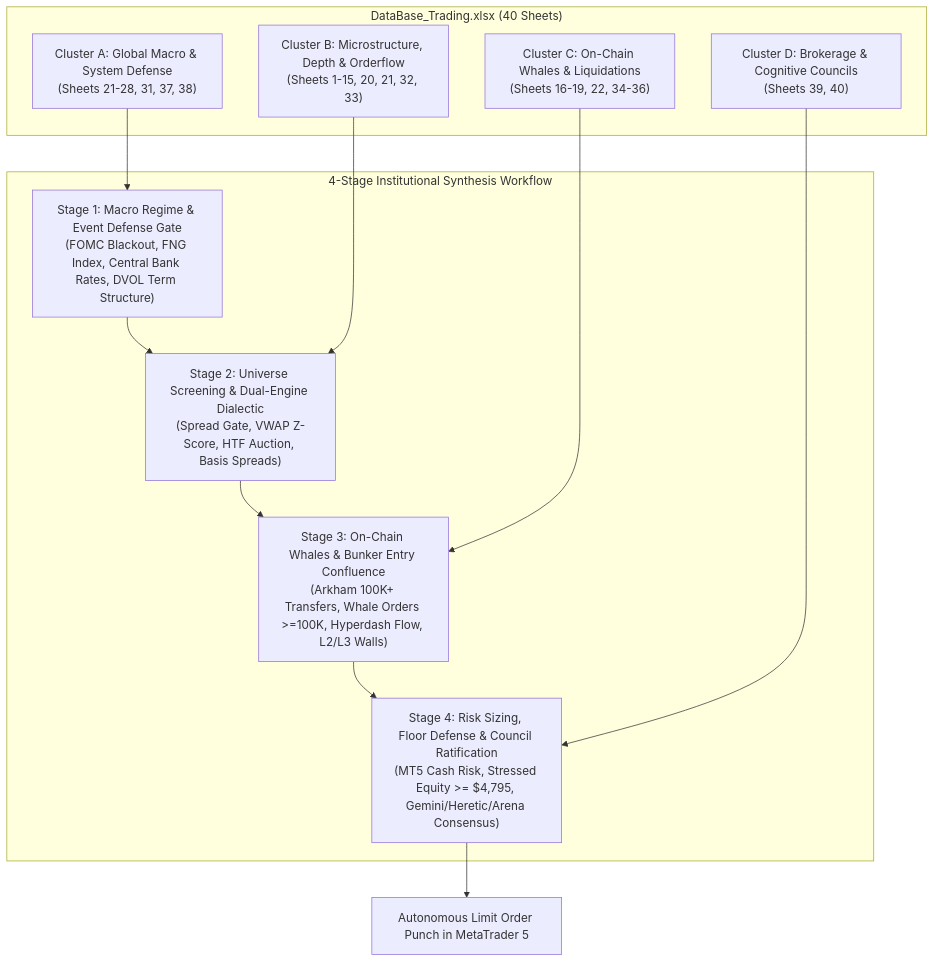
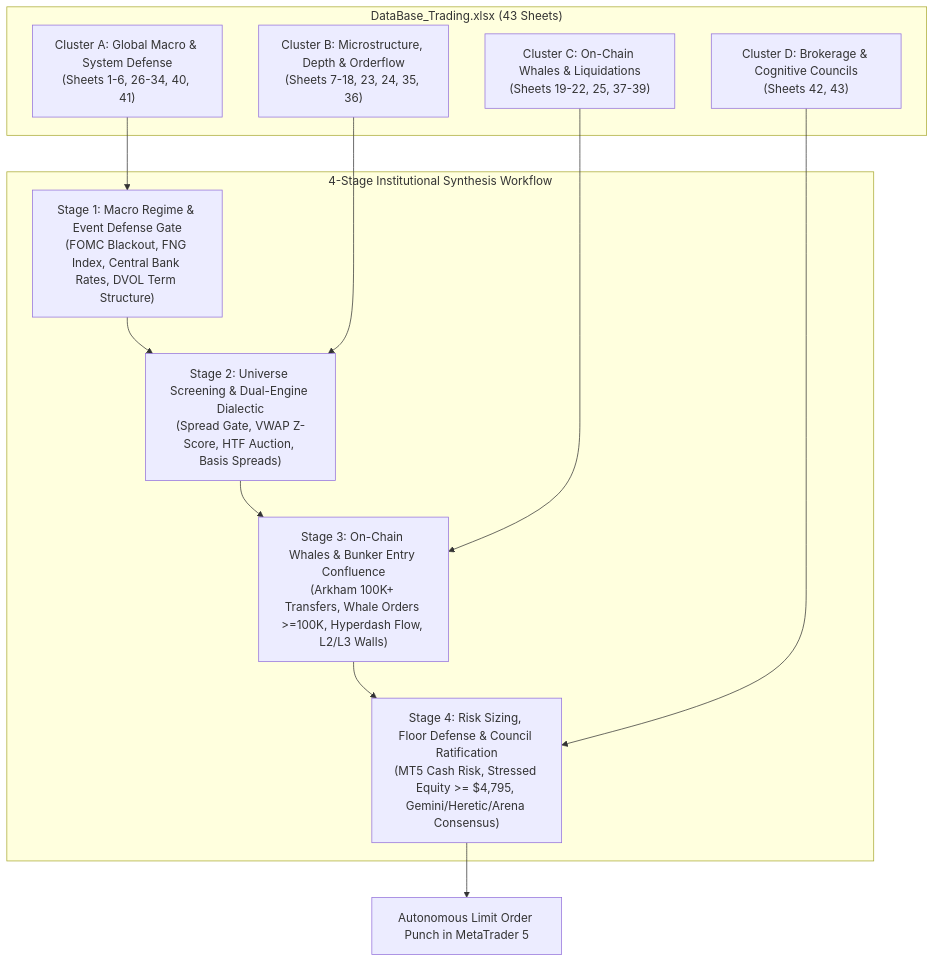
One commit to kbsingh1399/Trading_2 changed the fourth of 5 diagrams in docs/specs/STANDARDIZED_TRADING_DECISION_CHAIN.md. Above: the diagram before and after it, drawn with Mermaid. The commit also changed other lines of this file and 61 other files, not shown here.

````diff
--- a/docs/specs/STANDARDIZED_TRADING_DECISION_CHAIN.md
+++ b/docs/specs/STANDARDIZED_TRADING_DECISION_CHAIN.md
@@ -366,25 +366,25 @@
 ```mermaid
 flowchart TD
-    subgraph DataWarehouse ["DataBase_Trading.xlsx (40 Sheets)"]
-        CA["Cluster A: Global Macro & System Defense<br/>(Sheets 21-28, 31, 37, 38)"]
-        CB["Cluster B: Microstructure, Depth & Orderflow<br/>(Sheets 1-15, 20, 21, 32, 33)"]
-        CC["Cluster C: On-Chain Whales & Liquidations<br/>(Sheets 16-19, 22, 34-36)"]
-        CD["Cluster D: Brokerage & Cognitive Councils<br/>(Sheets 39, 40)"]
+    subgraph DataWarehouse ["DataBase_Trading.xlsx (43 Sheets)"]
+        CA["Cluster A: Global Macro & System Defense<br/>(Sheets 1-6, 26-34, 40, 41)"]
+        CB["Cluster B: Microstructure, Depth & Orderflow<br/>(Sheets 7-18, 23, 24, 35, 36)"]
+        CC["Cluster C: On-Chain Whales & Liquidations<br/>(Sheets 19-22, 25, 37-39)"]
+        CD["Cluster D: Brokerage & Cognitive Councils<br/>(Sheets 42, 43)"]
     end
 
     subgraph DecisionWorkflow ["4-Stage Institutional Synthesis Workflow"]
         Stage1["Stage 1: Macro Regime & Event Defense Gate<br/>(FOMC Blackout, FNG Index, Central Bank Rates, DVOL Term Structure)"]
         Stage2["Stage 2: Universe Screening & Dual-Engine Dialectic<br/>(Spread Gate, VWAP Z-Score, HTF Auction, Basis Spreads)"]
         Stage3["Stage 3: On-Chain Whales & Bunker Entry Confluence<br/>(Arkham 100K+ Transfers, Whale Orders >=100K, Hyperdash Flow, L2/L3 Walls)"]
         Stage4["Stage 4: Risk Sizing, Floor Defense & Council Ratification<br/>(MT5 Cash Risk, Stressed Equity >= $4,795, Gemini/Heretic/Arena Consensus)"]
     end
 
     CA --> Stage1
     Stage1 --> Stage2
     CB --> Stage2
     Stage2 --> Stage3
     CC --> Stage3
     Stage3 --> Stage4
     CD --> Stage4
     Stage4 --> MT5Execution["Autonomous Limit Order Punch in MetaTrader 5"]
 ```
````
